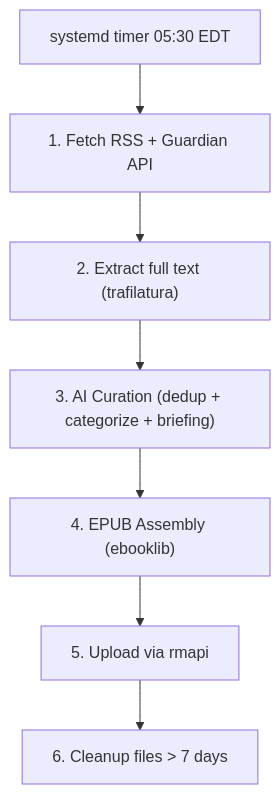
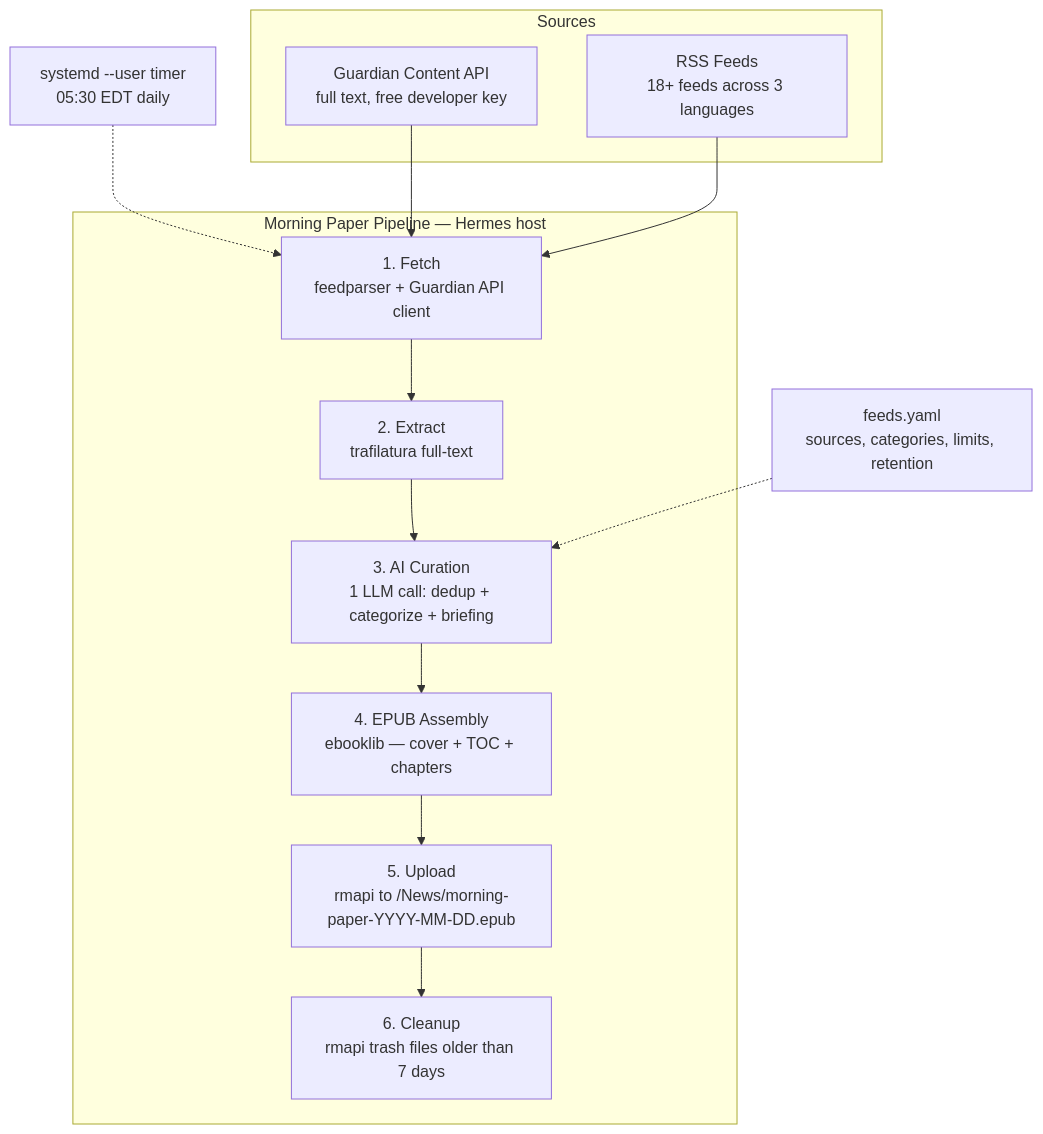
Before and after one commit to vevmesteren/remarkable-morning: the diagram in README.md, drawn with Mermaid. The commit also changed other lines of this file, not shown here.

First line of the commit message:
docs: comprehensive README with architecture, setup, config reference (P9)

````diff
--- a/README.md
+++ b/README.md
@@ -15,9 +9,29 @@
 ```mermaid
 graph TD
-    TIMER["systemd timer 05:30 EDT"] --> F1["1. Fetch RSS + Guardian API"]
-    F1 --> F2["2. Extract full text (trafilatura)"]
-    F2 --> F3["3. AI Curation (dedup + categorize + briefing)"]
-    F3 --> F4["4. EPUB Assembly (ebooklib)"]
-    F4 --> F5["5. Upload via rmapi"]
-    F5 --> F6["6. Cleanup files > 7 days"]
+    subgraph Sources
+        GA["Guardian Content API<br/>full text, free developer key"]
+        RSS["RSS Feeds<br/>18+ feeds across 3 languages"]
+    end
+
+    subgraph Pipeline["Morning Paper Pipeline — Hermes host"]
+        F1["1. Fetch<br/>feedparser + Guardian API client"]
+        F2["2. Extract<br/>trafilatura full-text"]
+        F3["3. AI Curation<br/>1 LLM call: dedup + categorize + briefing"]
+        F4["4. EPUB Assembly<br/>ebooklib — cover + TOC + chapters"]
+        F5["5. Upload<br/>rmapi to /News/morning-paper-YYYY-MM-DD.epub"]
+        F6["6. Cleanup<br/>rmapi trash files older than 7 days"]
+    end
+
+    TIMER["systemd --user timer<br/>05:30 EDT daily"]
+    CONFIG["feeds.yaml<br/>sources, categories, limits, retention"]
+
+    TIMER -.-> F1
+    GA --> F1
+    RSS --> F1
+    F1 --> F2
+    F2 --> F3
+    F3 --> F4
+    F4 --> F5
+    F5 --> F6
+    CONFIG -.-> F3
 ```
````
